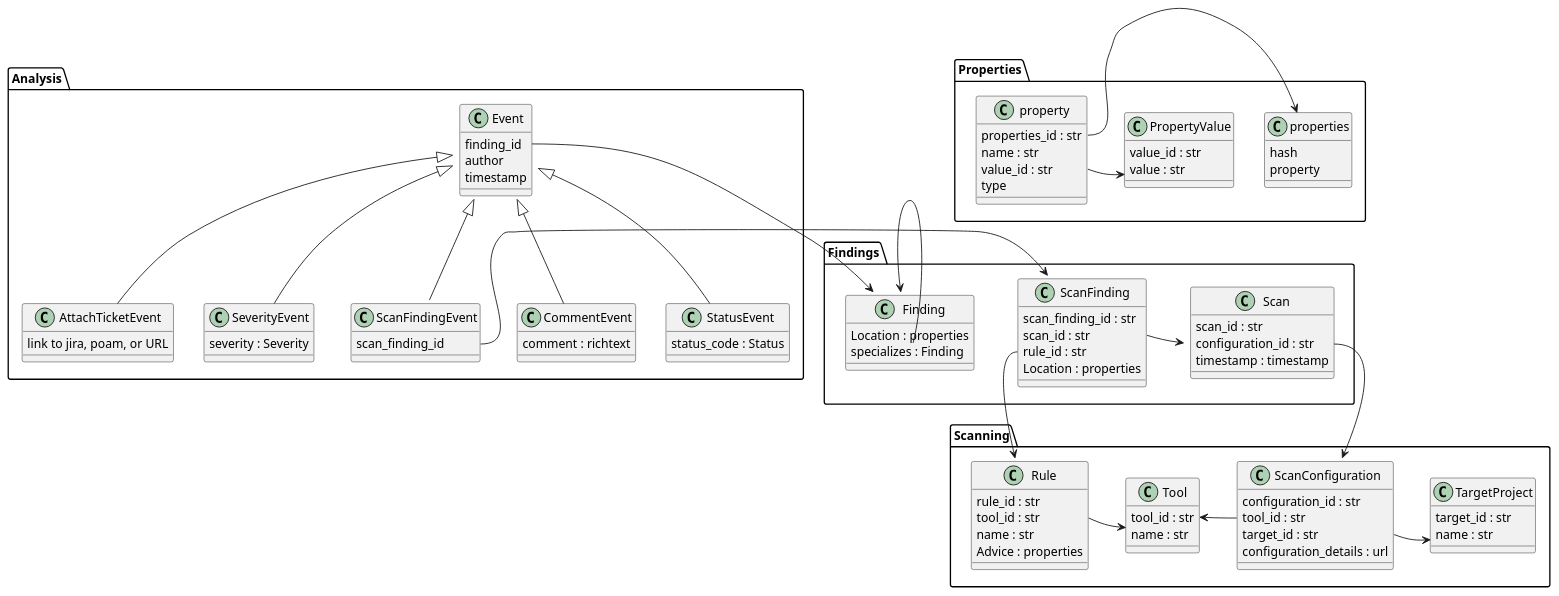
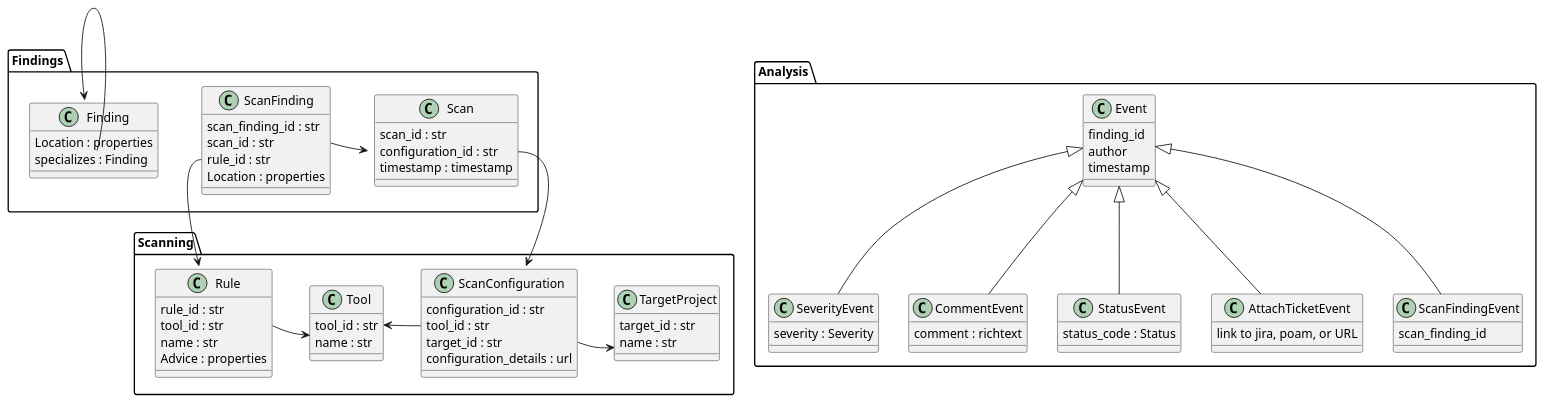
One commit to secknow/sec-kb changed the diagram in vuln-db.puml. Above: the diagram before and after it, drawn with PlantUML. The commit also changed 8 other files, not shown here.

Commit message:
readable diagrams

```diff
--- a/vuln-db.puml
+++ b/vuln-db.puml
@@ -1,125 +1,100 @@
-@startuml asdf
+@startuml vuln-db
 
 package Scanning {
 
     class TargetProject {
         target_id : str
         name : str
     }
 
     class Tool {
         tool_id : str
         name : str
     }
 
     class Rule {
         rule_id : str
         tool_id : str
         name : str
         Advice : properties
     }
 
     Rule::tool_id -> Tool
 
     class ScanConfiguration {
         configuration_id : str
         tool_id : str
         target_id : str
         configuration_details : url
     }
 
     ScanConfiguration::target_id -> TargetProject
     ScanConfiguration::tool_id -> Tool
 }
 
 package Findings {
 
     class Scan {
         scan_id : str
         configuration_id : str
         timestamp : timestamp
     }
 
     class ScanFinding {
         scan_finding_id : str
         scan_id : str
         rule_id : str
         Location : properties
     }
 
     ScanFinding::scan_id -> Scan
     ScanFinding::rule_id -> Rule
 
     Scan::configuration_id --> ScanConfiguration
 
     class Finding {
         Location : properties
         specializes : Finding
     }
 
     Finding::specializes -> Finding
 }
 
 package Analysis {
 
     class Event {
         finding_id
         author
         timestamp
     }
 
-    Event::finding_id -> Finding
-
     Event <|-- CommentEvent
     Event <|-- StatusEvent
     Event <|-- AttachTicketEvent
     Event <|-- ScanFindingEvent
     Event <|-- SeverityEvent
 
     class ScanFindingEvent {
         scan_finding_id
     }
-    ScanFindingEvent::scan_finding_id -> ScanFinding
+
+
 
     class CommentEvent {
         comment : richtext
     }
 
     class SeverityEvent {
         severity : Severity
     }
 
     class StatusEvent{
         status_code : Status
     }
 
     class AttachTicketEvent {
         link to jira, poam, or URL
     }
 }
 
-package Properties {
-
-    Class properties {
-        hash
-        property
-    }
-
-    Class property {
-        properties_id : str
-        name : str
-        value_id : str
-        type
-    }
-
-    property::properties_id -> properties
-
-    class PropertyValue {
-        value_id : str
-        value : str
-    }
-
-    property::value_id -> PropertyValue
-}
-
 @enduml
```
